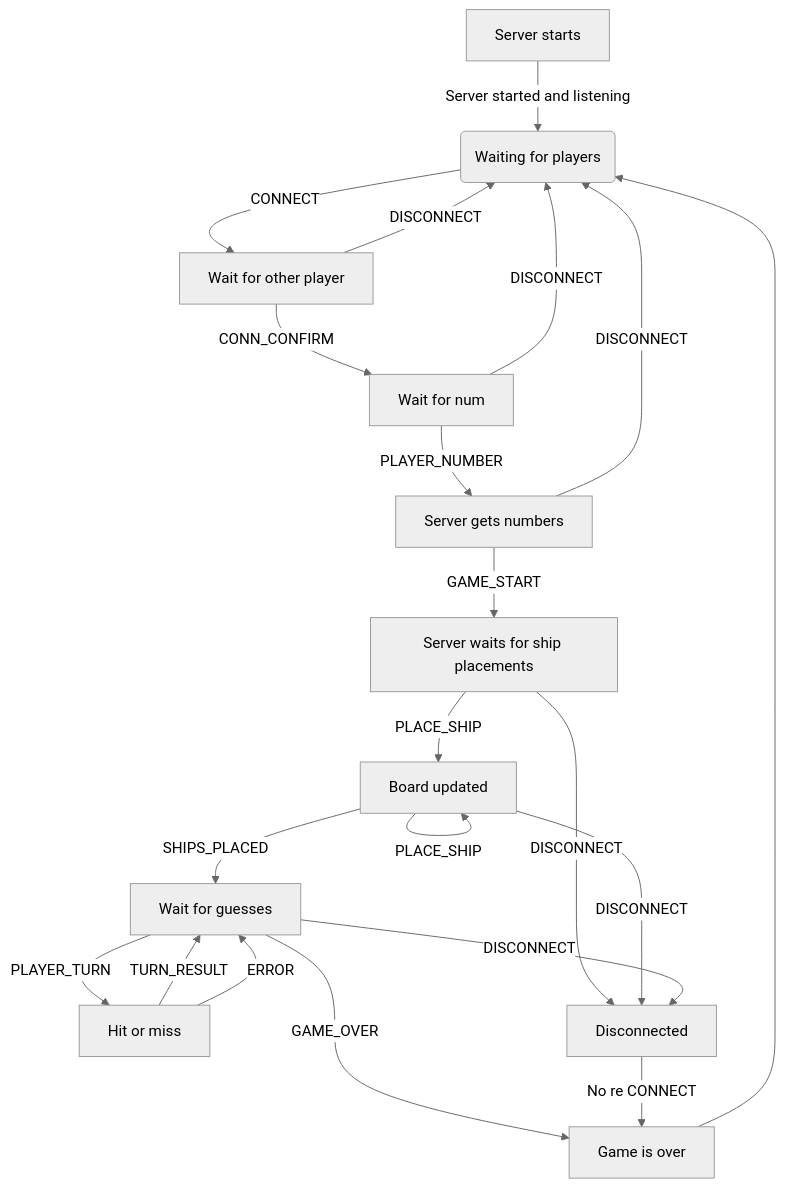
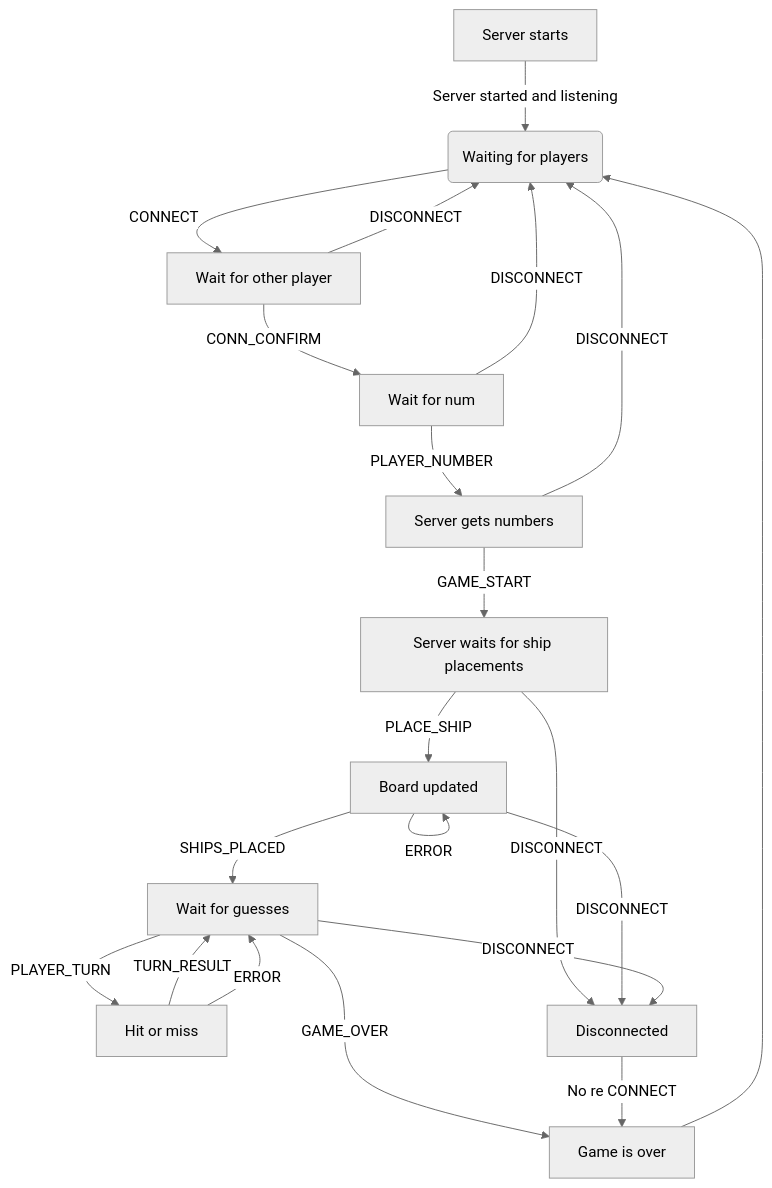
Before and after one commit to jbirlingmair/CS457-Networking-Game-Project: the diagram in fsm_documentation.md, drawn with Mermaid (neutral theme).

````diff
--- a/fsm_documentation.md
+++ b/fsm_documentation.md
@@ -1,23 +1,24 @@
 ```mermaid
 flowchart TD
     A[Server starts] -->|Server started and listening| B(Waiting for players)
     B -->|CONNECT| C[Wait for other player]
     C -->|DISCONNECT| B
     C -->|CONN_CONFIRM| D[Wait for num]
     D -->|PLAYER_NUMBER| E[Server gets numbers]
     D -->|DISCONNECT| B
     E -->|GAME_START| F[Server waits for ship placements]
     E -->|DISCONNECT| B
     F -->|PLACE_SHIP| G[Board updated]
-    G -->|PLACE_SHIP| G 
+    G -->|PLACE_SHIP| G
+    G -->|ERROR| G
     G -->|SHIPS_PLACED| H[Wait for guesses]
     H -->|PLAYER_TURN| I[Hit or miss]
     I -->|TURN_RESULT| H
     I -->|ERROR| H
     H -->|GAME_OVER| J[Game is over]
     J --> B
     F -->|DISCONNECT| DIS[Disconnected]
     DIS -->|No re CONNECT| J
     G-->|DISCONNECT| DIS
     H-->|DISCONNECT| DIS
 ```
````
